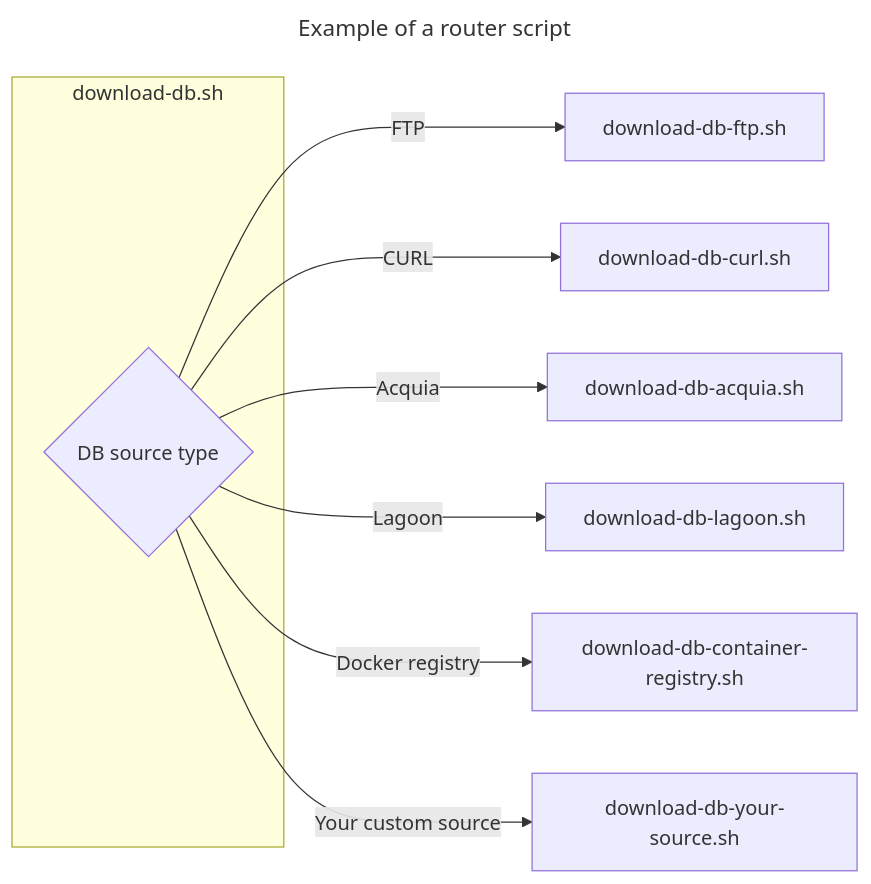
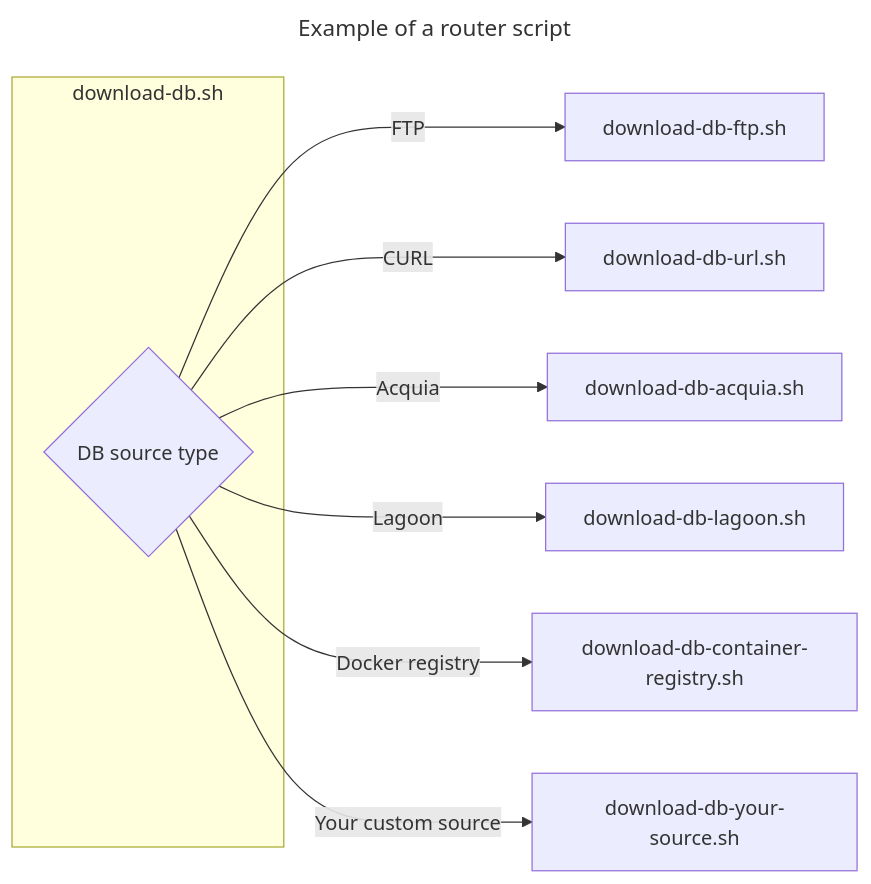
Before and after one commit to drevops/vortex: the second of 2 diagrams in .vortex/docs/content/getting-started/architecture.mdx, drawn with Mermaid. The commit also changed 990 other files, not shown here.

````diff
--- a/.vortex/docs/content/getting-started/architecture.mdx
+++ b/.vortex/docs/content/getting-started/architecture.mdx
@@ -190,15 +190,15 @@
 ```mermaid
 ---
 title: Example of a router script
 ---
 flowchart LR
     subgraph download-db.sh
         F{DB source type}
     end
     F -- FTP --> G[download-db-ftp.sh]
-    F -- CURL --> H[download-db-curl.sh]
+    F -- CURL --> H[download-db-url.sh]
     F -- Acquia --> I[download-db-acquia.sh]
     F -- Lagoon --> J[download-db-lagoon.sh]
     F -- Docker registry --> K[download-db-container-registry.sh]
     F -- Your custom source --> L[download-db-your-source.sh]
 ```
````
